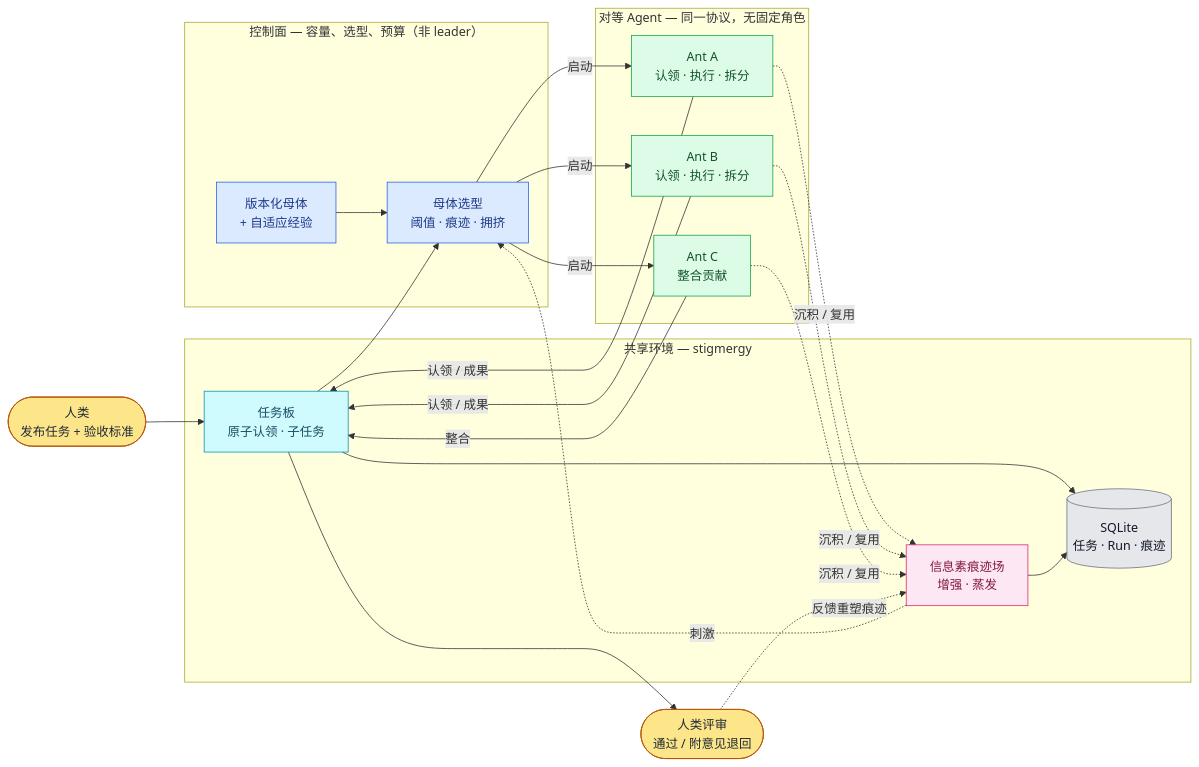
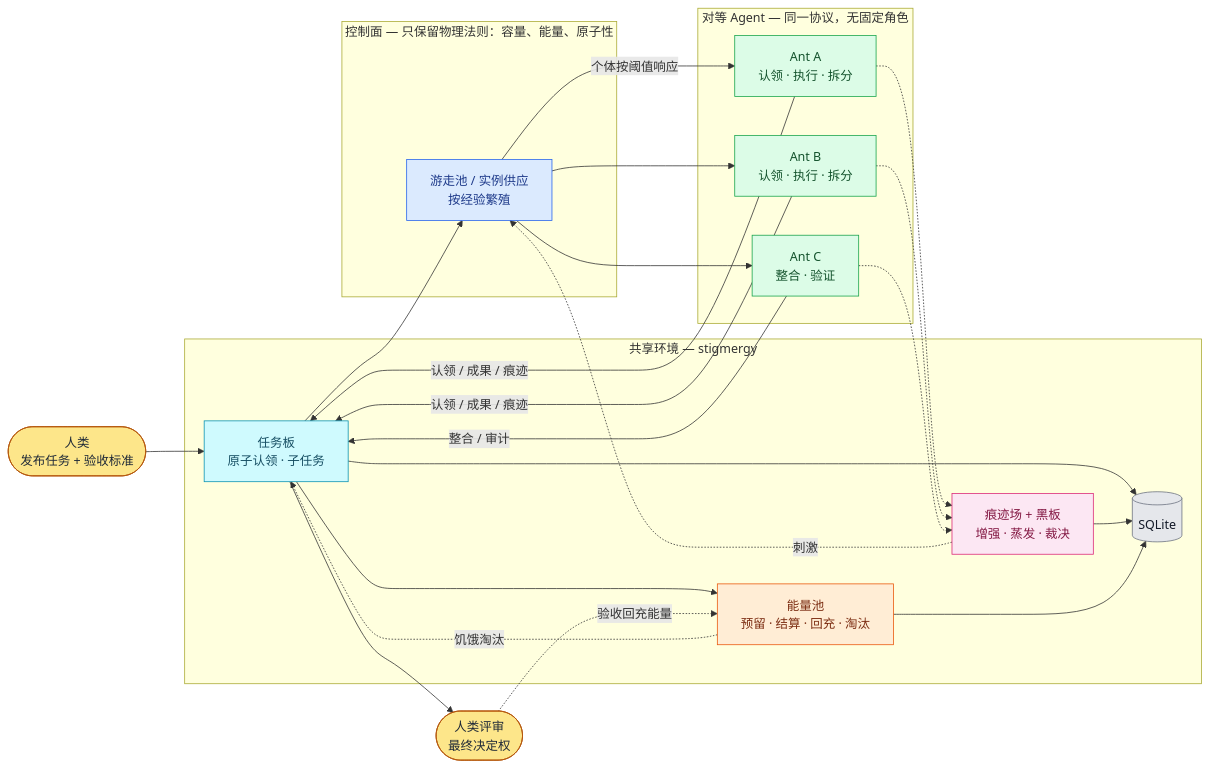
Before and after one commit to NeoPanic/Ant3: the diagram in README.zh-CN.md, drawn with Mermaid. The commit also changed other lines of this file and 12 other files, not shown here.

````diff
--- a/README.zh-CN.md
+++ b/README.zh-CN.md
@@ -123,47 +92,50 @@
 ```mermaid
 flowchart LR
     Human(["人类<br/>发布任务 + 验收标准"]):::human
-    Review(["人类评审<br/>通过 / 附意见退回"]):::human
+    Review(["人类评审<br/>最终决定权"]):::human
 
-    subgraph Control["控制面 — 容量、选型、预算（非 leader）"]
-        Selector["母体选型<br/>阈值 · 痕迹 · 拥挤"]:::control
-        Presets["版本化母体<br/>+ 自适应经验"]:::control
+    subgraph Physics["控制面 — 只保留物理法则：容量、能量、原子性"]
+        Pool["游走池 / 实例供应<br/>按经验繁殖"]:::control
     end
 
     subgraph Swarm["对等 Agent — 同一协议，无固定角色"]
         A["Ant A<br/>认领 · 执行 · 拆分"]:::agent
         B["Ant B<br/>认领 · 执行 · 拆分"]:::agent
-        C["Ant C<br/>整合贡献"]:::agent
+        C["Ant C<br/>整合 · 验证"]:::agent
     end
 
     subgraph Env["共享环境 — stigmergy"]
         Board["任务板<br/>原子认领 · 子任务"]:::env
-        Traces["信息素痕迹场<br/>增强 · 蒸发"]:::trace
-        State[("SQLite<br/>任务 · Run · 痕迹")]:::store
+        Traces["痕迹场 + 黑板<br/>增强 · 蒸发 · 裁决"]:::trace
+        Energy["能量池<br/>预留 · 结算 · 回充 · 淘汰"]:::energy
+        State[("SQLite")]:::store
     end
 
     Human --> Board
-    Board --> Selector
-    Presets --> Selector
-    Selector -->|启动| A
-    Selector -->|启动| B
-    Selector -->|启动| C
-    A -->|认领 / 成果| Board
-    B -->|认领 / 成果| Board
-    C -->|整合| Board
-    A -.->|沉积 / 复用| Traces
-    B -.->|沉积 / 复用| Traces
-    C -.->|沉积 / 复用| Traces
-    Traces -.->|刺激| Selector
+    Board --> Pool
+    Pool -->|个体按阈值响应| A
+    Pool --> B
+    Pool --> C
+    A -->|认领 / 成果 / 痕迹| Board
+    B -->|认领 / 成果 / 痕迹| Board
+    C -->|整合 / 审计| Board
+    A -.-> Traces
+    B -.-> Traces
+    C -.-> Traces
+    Traces -.->|刺激| Pool
+    Board --> Energy
+    Energy -.->|饥饿淘汰| Board
     Board --> State
     Traces --> State
+    Energy --> State
     Board --> Review
-    Review -.->|反馈重塑痕迹| Traces
+    Review -.->|验收回充能量| Energy
 
     classDef human fill:#fde68a,stroke:#b45309,color:#1f2937;
     classDef control fill:#dbeafe,stroke:#2563eb,color:#1e3a8a;
     classDef agent fill:#dcfce7,stroke:#16a34a,color:#14532d;
     classDef env fill:#cffafe,stroke:#0891b2,color:#164e63;
     classDef trace fill:#fce7f3,stroke:#db2777,color:#831843;
+    classDef energy fill:#ffedd5,stroke:#ea580c,color:#7c2d12;
     classDef store fill:#e5e7eb,stroke:#6b7280,color:#111827;
 ```
````
